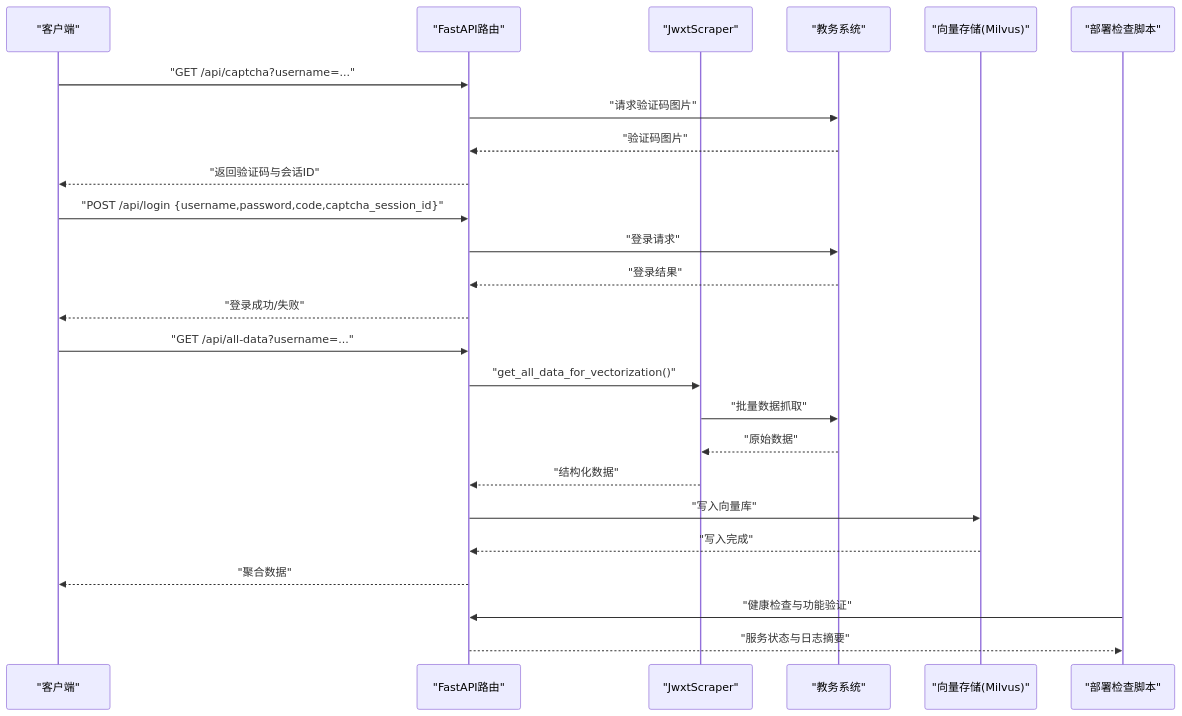
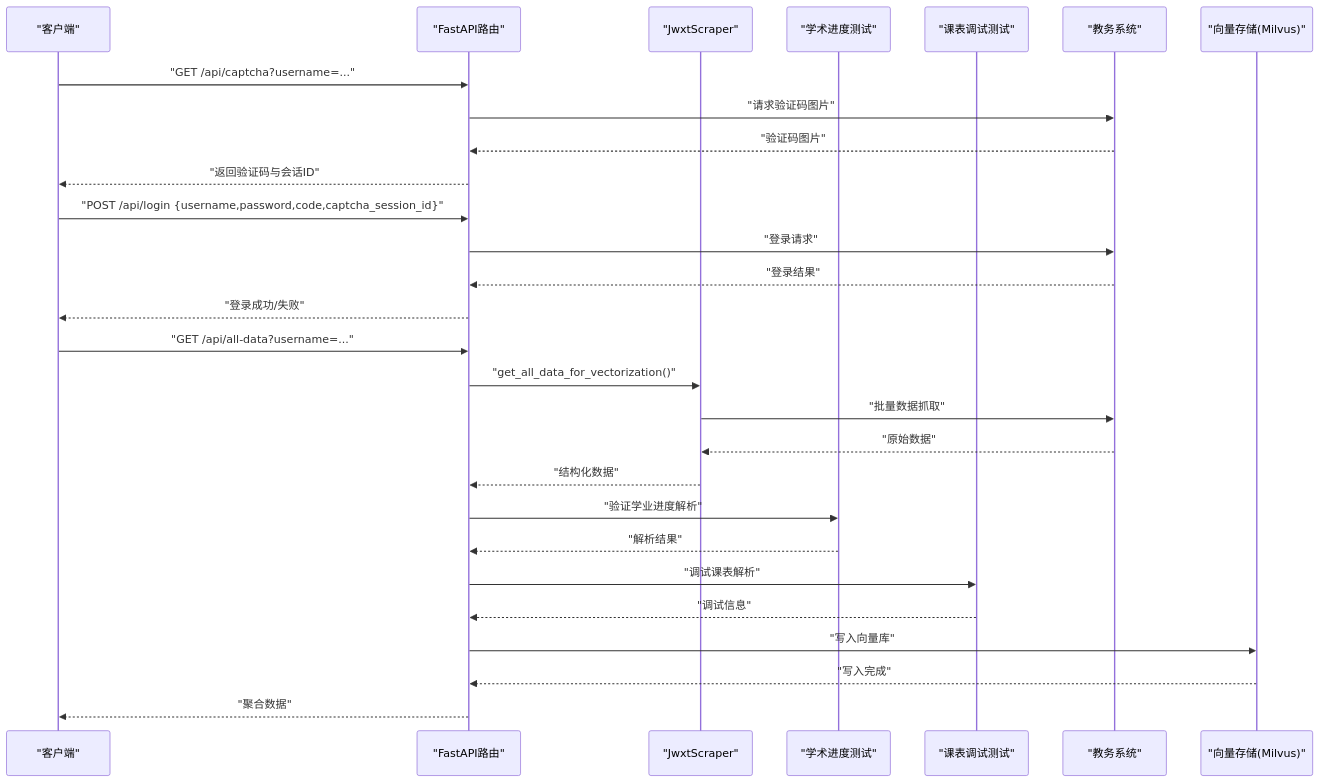
Before and after one commit to ghbbn053-ship-itsoulddog/soulddog: the second of 3 diagrams in .qoder/repowiki/zh/content/开发指南/测试策略/测试策略.md, drawn with Mermaid. The commit also changed other lines of this file and 6 other files, not shown here.

````diff
--- a/.qoder/repowiki/zh/content/开发指南/测试策略/测试策略.md
+++ b/.qoder/repowiki/zh/content/开发指南/测试策略/测试策略.md
@@ -115,27 +123,30 @@
 ```mermaid
 sequenceDiagram
 participant Client as "客户端"
 participant API as "FastAPI路由"
 participant Scraper as "JwxtScraper"
+participant AcademicTest as "学术进度测试"
+participant ScheduleDebug as "课表调试测试"
 participant Edu as "教务系统"
 participant Store as "向量存储(Milvus)"
-participant Deploy as "部署检查脚本"
 Client->>API : "GET /api/captcha?username=..."
 API->>Edu : "请求验证码图片"
 Edu-->>API : "验证码图片"
 API-->>Client : "返回验证码与会话ID"
 Client->>API : "POST /api/login {username,password,code,captcha_session_id}"
 API->>Edu : "登录请求"
 Edu-->>API : "登录结果"
 API-->>Client : "登录成功/失败"
 Client->>API : "GET /api/all-data?username=..."
 API->>Scraper : "get_all_data_for_vectorization()"
 Scraper->>Edu : "批量数据抓取"
 Edu-->>Scraper : "原始数据"
 Scraper-->>API : "结构化数据"
+API->>AcademicTest : "验证学业进度解析"
+AcademicTest-->>API : "解析结果"
+API->>ScheduleDebug : "调试课表解析"
+ScheduleDebug-->>API : "调试信息"
 API->>Store : "写入向量库"
 Store-->>API : "写入完成"
 API-->>Client : "聚合数据"
-Deploy->>API : "健康检查与功能验证"
-API-->>Deploy : "服务状态与日志摘要"
 ```
````
